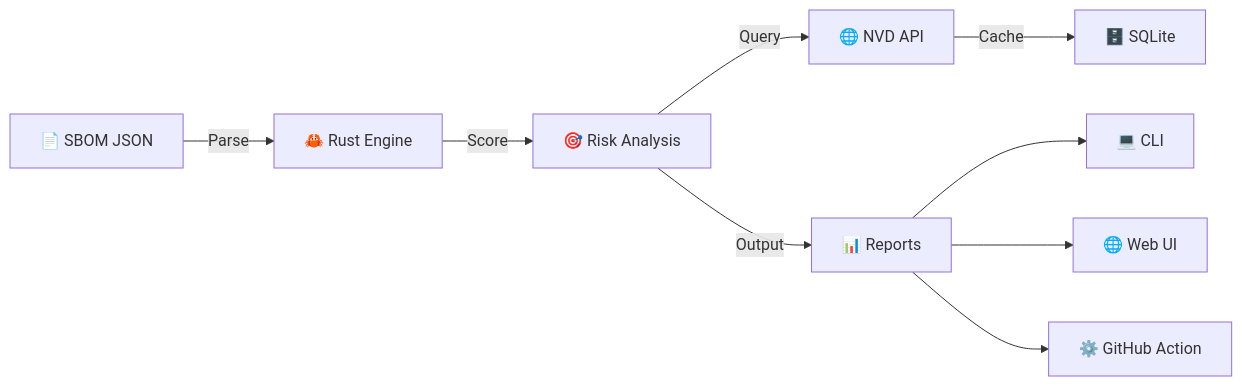
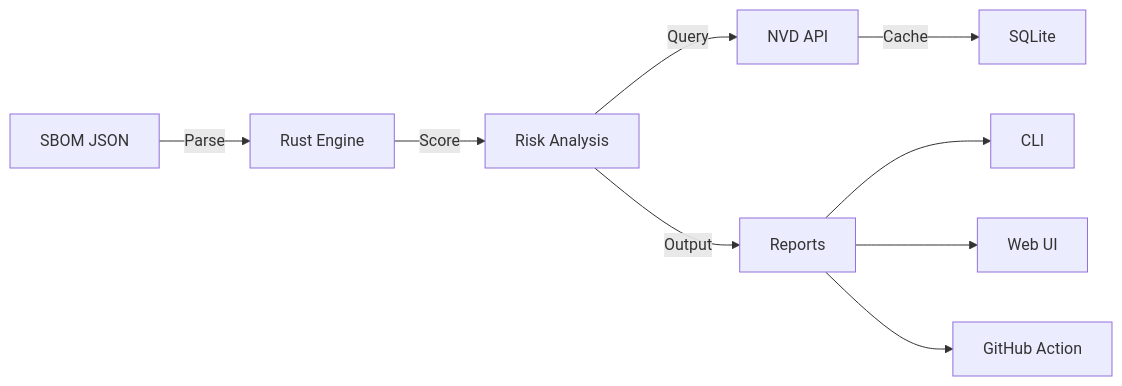
One commit to Zertannax/Zertree changed the diagram in README.md. Above: the diagram before and after it, drawn with Mermaid. The commit also changed other lines of this file and 3 other files, not shown here.

````diff
--- a/README.md
+++ b/README.md
@@ -213,11 +115,11 @@
 ```mermaid
 graph LR
-    A[📄 SBOM JSON] -->|Parse| B[🦀 Rust Engine]
-    B -->|Score| C[🎯 Risk Analysis]
-    C -->|Query| D[🌐 NVD API]
-    D -->|Cache| E[🗄️ SQLite]
-    C -->|Output| F[📊 Reports]
-    F --> G[💻 CLI]
-    F --> H[🌐 Web UI]
-    F --> I[⚙️ GitHub Action]
+    A[SBOM JSON] -->|Parse| B[Rust Engine]
+    B -->|Score| C[Risk Analysis]
+    C -->|Query| D[NVD API]
+    D -->|Cache| E[SQLite]
+    C -->|Output| F[Reports]
+    F --> G[CLI]
+    F --> H[Web UI]
+    F --> I[GitHub Action]
 ```
````
